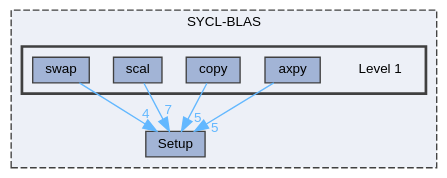
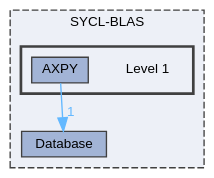
The diagram in docs/dir_4bdbafa1a890e85c566b99a7d5528745_dep.dot (Mayukh-Banik/SYCL-BLAS), drawn with Graphviz before and after one commit. The commit also changed 164 other files, not shown here.

```diff
--- a/docs/dir_4bdbafa1a890e85c566b99a7d5528745_dep.dot
+++ b/docs/dir_4bdbafa1a890e85c566b99a7d5528745_dep.dot
@@ -1,24 +1,18 @@
 digraph "SYCL-BLAS/Level 1"
 {
  // LATEX_PDF_SIZE
   bgcolor="transparent";
   edge [fontname=Helvetica,fontsize=10,labelfontname=Helvetica,labelfontsize=10];
   node [fontname=Helvetica,fontsize=10,shape=box,height=0.2,width=0.4];
   compound=true
   subgraph clusterdir_2e9f169625e7208e21be673b418e5949 {
     graph [ bgcolor="#edf0f7", pencolor="grey25", label="SYCL-BLAS", fontname=Helvetica,fontsize=10 style="filled,dashed", URL="dir_2e9f169625e7208e21be673b418e5949.html",tooltip=""]
-  dir_2cf803bbad5736ac46e5b9bef0403cf0 [label="Setup", fillcolor="#a2b4d6", color="grey25", style="filled", URL="dir_2cf803bbad5736ac46e5b9bef0403cf0.html",tooltip=""];
+  dir_8070875571067a96e036d351d93dad98 [label="Database", fillcolor="#a2b4d6", color="grey25", style="filled", URL="dir_8070875571067a96e036d351d93dad98.html",tooltip=""];
   subgraph clusterdir_4bdbafa1a890e85c566b99a7d5528745 {
     graph [ bgcolor="#edf0f7", pencolor="grey25", label="", fontname=Helvetica,fontsize=10 style="filled,bold", URL="dir_4bdbafa1a890e85c566b99a7d5528745.html",tooltip=""]
     dir_4bdbafa1a890e85c566b99a7d5528745 [shape=plaintext, label="Level 1"];
-  dir_5b26f3b77052ee5914eb9abdf5d2fb37 [label="axpy", fillcolor="#a2b4d6", color="grey25", style="filled", URL="dir_5b26f3b77052ee5914eb9abdf5d2fb37.html",tooltip=""];
-  dir_1d6be90e8f96798ae3f49dd6839f4864 [label="copy", fillcolor="#a2b4d6", color="grey25", style="filled", URL="dir_1d6be90e8f96798ae3f49dd6839f4864.html",tooltip=""];
-  dir_ba3c2169517eea9bea8909081c6e95b9 [label="scal", fillcolor="#a2b4d6", color="grey25", style="filled", URL="dir_ba3c2169517eea9bea8909081c6e95b9.html",tooltip=""];
-  dir_93f83f988d28987940e9df83c652871e [label="swap", fillcolor="#a2b4d6", color="grey25", style="filled", URL="dir_93f83f988d28987940e9df83c652871e.html",tooltip=""];
+  dir_7627b1eb44bd5c0865e2d94563904df8 [label="AXPY", fillcolor="#a2b4d6", color="grey25", style="filled", URL="dir_7627b1eb44bd5c0865e2d94563904df8.html",tooltip=""];
   }
   }
-  dir_5b26f3b77052ee5914eb9abdf5d2fb37->dir_2cf803bbad5736ac46e5b9bef0403cf0 [headlabel="5", labeldistance=1.5 headhref="dir_000000_000004.html" href="dir_000000_000004.html" color="steelblue1" fontcolor="steelblue1"];
-  dir_1d6be90e8f96798ae3f49dd6839f4864->dir_2cf803bbad5736ac46e5b9bef0403cf0 [headlabel="5", labeldistance=1.5 headhref="dir_000001_000004.html" href="dir_000001_000004.html" color="steelblue1" fontcolor="steelblue1"];
-  dir_ba3c2169517eea9bea8909081c6e95b9->dir_2cf803bbad5736ac46e5b9bef0403cf0 [headlabel="7", labeldistance=1.5 headhref="dir_000003_000004.html" href="dir_000003_000004.html" color="steelblue1" fontcolor="steelblue1"];
-  dir_93f83f988d28987940e9df83c652871e->dir_2cf803bbad5736ac46e5b9bef0403cf0 [headlabel="4", labeldistance=1.5 headhref="dir_000005_000004.html" href="dir_000005_000004.html" color="steelblue1" fontcolor="steelblue1"];
+  dir_7627b1eb44bd5c0865e2d94563904df8->dir_8070875571067a96e036d351d93dad98 [headlabel="1", labeldistance=1.5 headhref="dir_000000_000001.html" href="dir_000000_000001.html" color="steelblue1" fontcolor="steelblue1"];
 }
```
